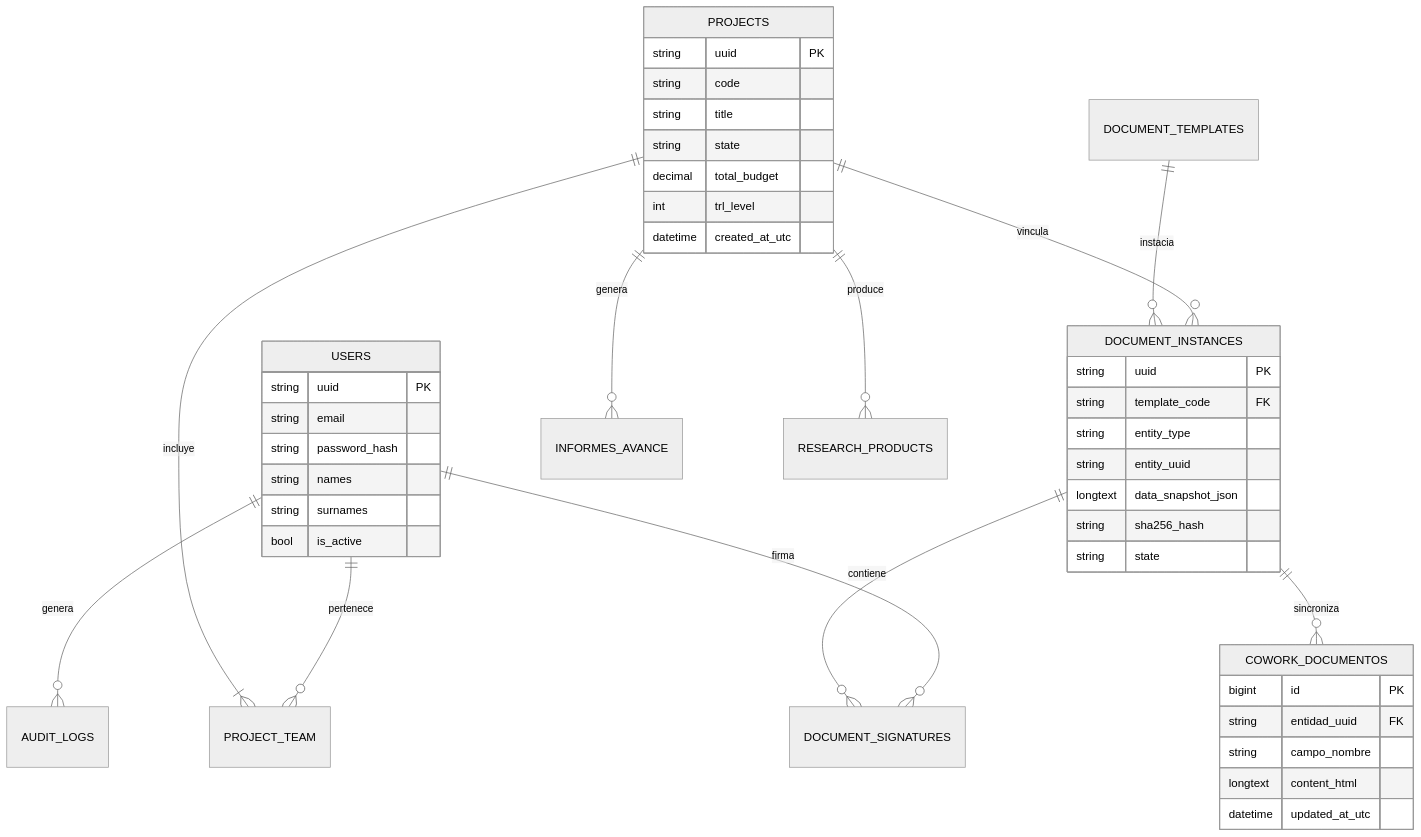
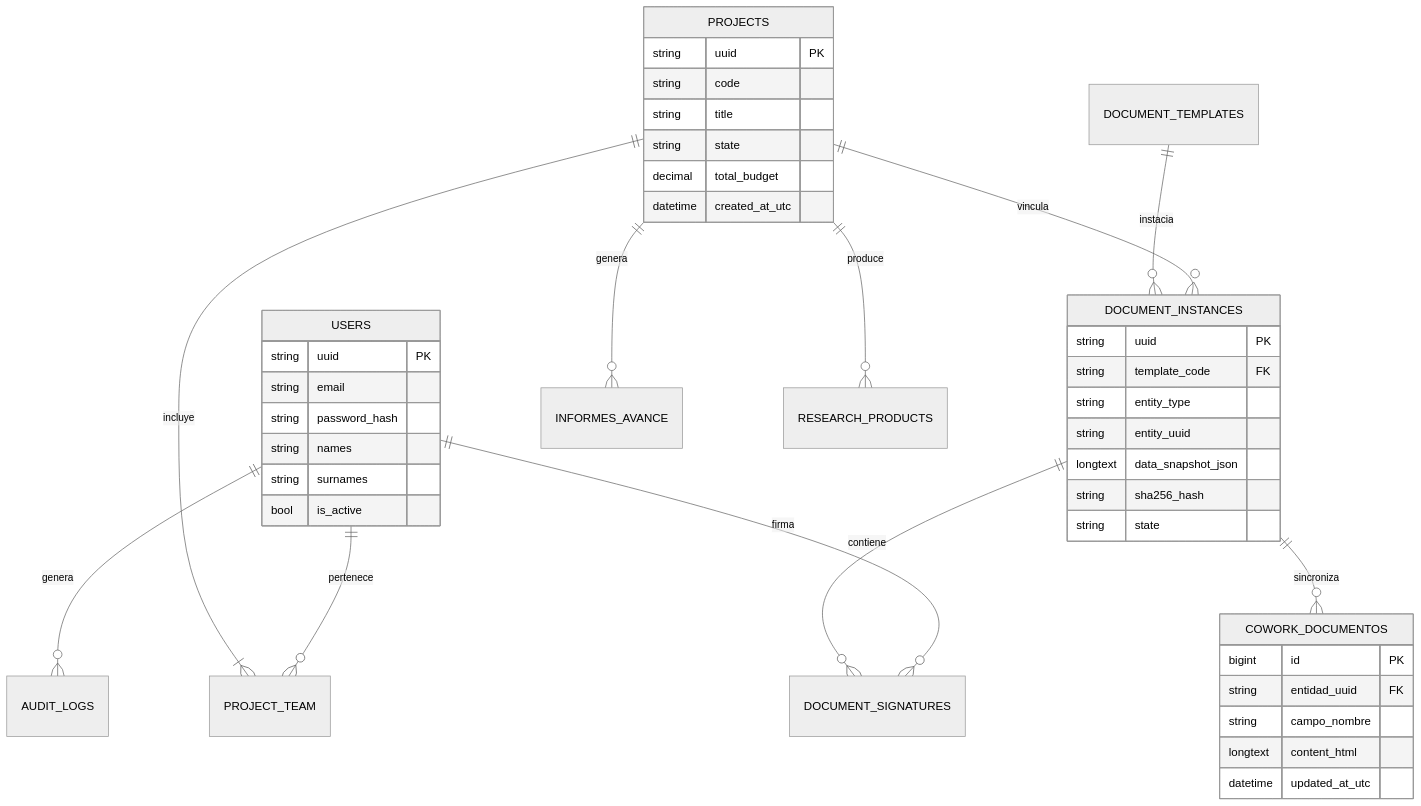
Before and after one commit to JorgeDoicela/dosier: the diagram in docs/documentacion/04-base-de-datos/01-esquema-relacional-sigafi.md, drawn with Mermaid (neutral theme). The commit also changed other lines of this file and 60 other files, not shown here.

````diff
--- a/docs/documentacion/04-base-de-datos/01-esquema-relacional-sigafi.md
+++ b/docs/documentacion/04-base-de-datos/01-esquema-relacional-sigafi.md
@@ -13,52 +13,51 @@
 ```mermaid
 erDiagram
     USERS ||--o{ PROJECT_TEAM : pertenece
     USERS ||--o{ AUDIT_LOGS : genera
     USERS ||--o{ DOCUMENT_SIGNATURES : firma
 
     PROJECTS ||--|{ PROJECT_TEAM : incluye
     PROJECTS ||--o{ DOCUMENT_INSTANCES : vincula
     PROJECTS ||--o{ INFORMES_AVANCE : genera
     PROJECTS ||--o{ RESEARCH_PRODUCTS : produce
 
     DOCUMENT_TEMPLATES ||--o{ DOCUMENT_INSTANCES : instacia
     DOCUMENT_INSTANCES ||--o{ COWORK_DOCUMENTOS : sincroniza
     DOCUMENT_INSTANCES ||--o{ DOCUMENT_SIGNATURES : contiene
 
     USERS {
         string uuid PK
         string email
         string password_hash
         string names
         string surnames
         bool is_active
     }
 
     PROJECTS {
         string uuid PK
         string code
         string title
         string state
         decimal total_budget
-        int trl_level
         datetime created_at_utc
     }
 
     DOCUMENT_INSTANCES {
         string uuid PK
         string template_code FK
         string entity_type
         string entity_uuid
         longtext data_snapshot_json
         string sha256_hash
         string state
     }
 
     COWORK_DOCUMENTOS {
         bigint id PK
         string entidad_uuid FK
         string campo_nombre
         longtext content_html
         datetime updated_at_utc
     }
 ```
````
